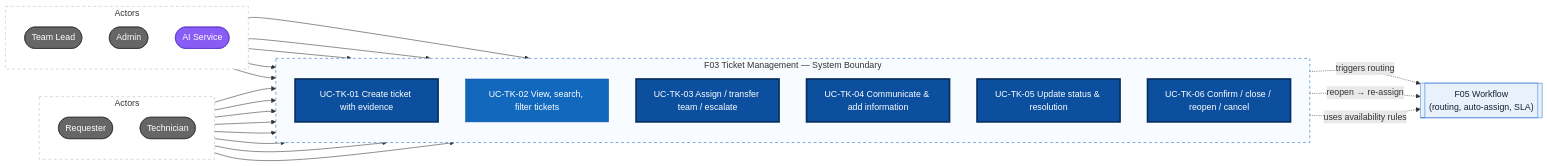
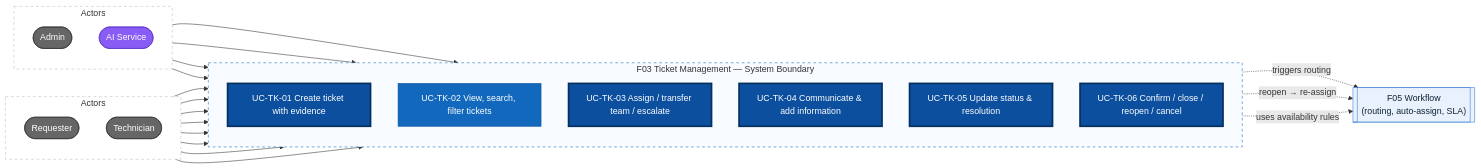
Before and after one commit to Akaza-ban/Fable: the first of 2 diagrams in docs/f03-ticket-management/02-use-cases.md, drawn with Mermaid. The commit also changed other lines of this file and 10 other files, not shown here.

Commit message:
docs: Update information architecture and delete operations lead role

````diff
--- a/docs/f03-ticket-management/02-use-cases.md
+++ b/docs/f03-ticket-management/02-use-cases.md
@@ -50,50 +50,48 @@
 ```mermaid
 flowchart LR
     subgraph left["Actors"]
         direction TB
         requester(["Requester"])
         tech(["Technician"])
     end
 
     subgraph system["F03 Ticket Management — System Boundary"]
         direction TB
         uc01["UC-TK-01 Create ticket with evidence"]
         uc02["UC-TK-02 View, search, filter tickets"]
         uc03["UC-TK-03 Assign / transfer team / escalate"]
         uc04["UC-TK-04 Communicate & add information"]
         uc05["UC-TK-05 Update status & resolution"]
         uc06["UC-TK-06 Confirm / close / reopen / cancel"]
     end
 
     subgraph right["Actors"]
         direction TB
-        lead(["Team Lead"])
         admin(["Admin"])
         ai(["AI Service"])
     end
 
     wf[["F05 Workflow<br/>(routing, auto-assign, SLA)"]]
 
     requester --> uc01 & uc02 & uc04 & uc06
     tech --> uc02 & uc03 & uc04 & uc05
-    lead --> uc03
     admin --> uc02 & uc03 & uc06
     ai --> uc04
     uc01 -. "triggers routing" .-> wf
     uc06 -. "reopen → re-assign" .-> wf
     uc03 -. "uses availability rules" .-> wf
 
     classDef actor fill:#666,color:#fff,stroke:#333
     classDef sysactor fill:#8a5cf6,color:#fff,stroke:#5b34c9
     classDef core fill:#0b4f9e,color:#fff,stroke:#062f5e,stroke-width:3px
     classDef usecase fill:#1168bd,color:#fff,stroke:#0b4f9e
     classDef ext fill:#e8f1fc,color:#123,stroke:#3a7bd5
-    class requester,tech,lead,admin actor
+    class requester,tech,admin actor
     class ai sysactor
     class uc01,uc03,uc04,uc05,uc06 core
     class uc02 usecase
     class wf ext
     style left fill:#fff,stroke:#bbb,stroke-dasharray:5 5
     style right fill:#fff,stroke:#bbb,stroke-dasharray:5 5
     style system fill:#f8fbff,stroke:#1168bd,stroke-dasharray:5 5
 ```
````
